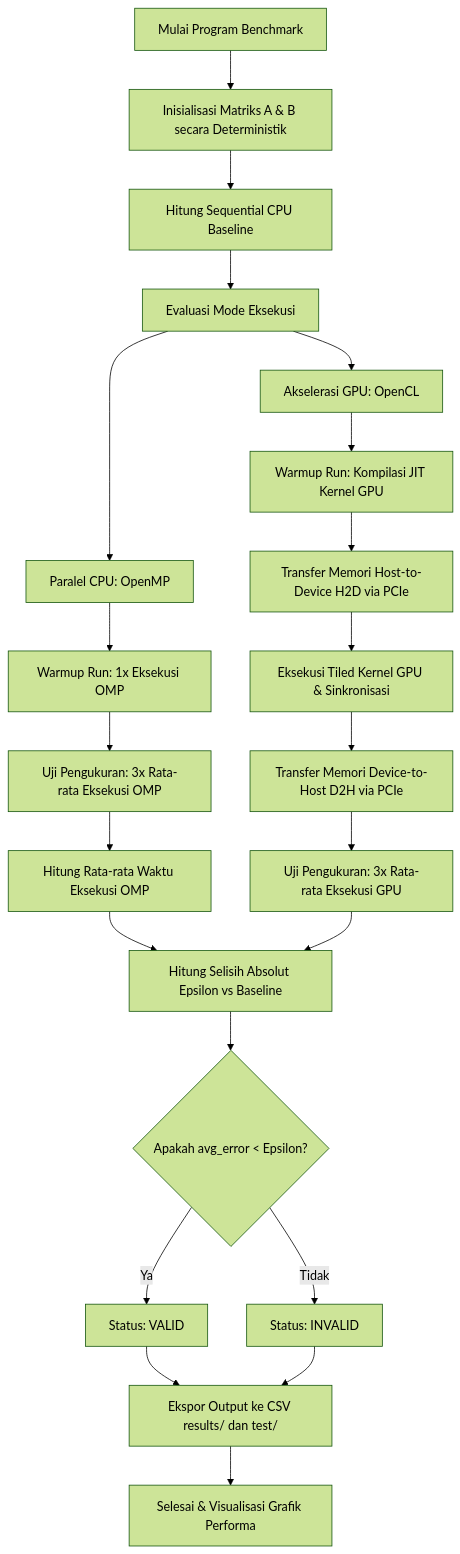
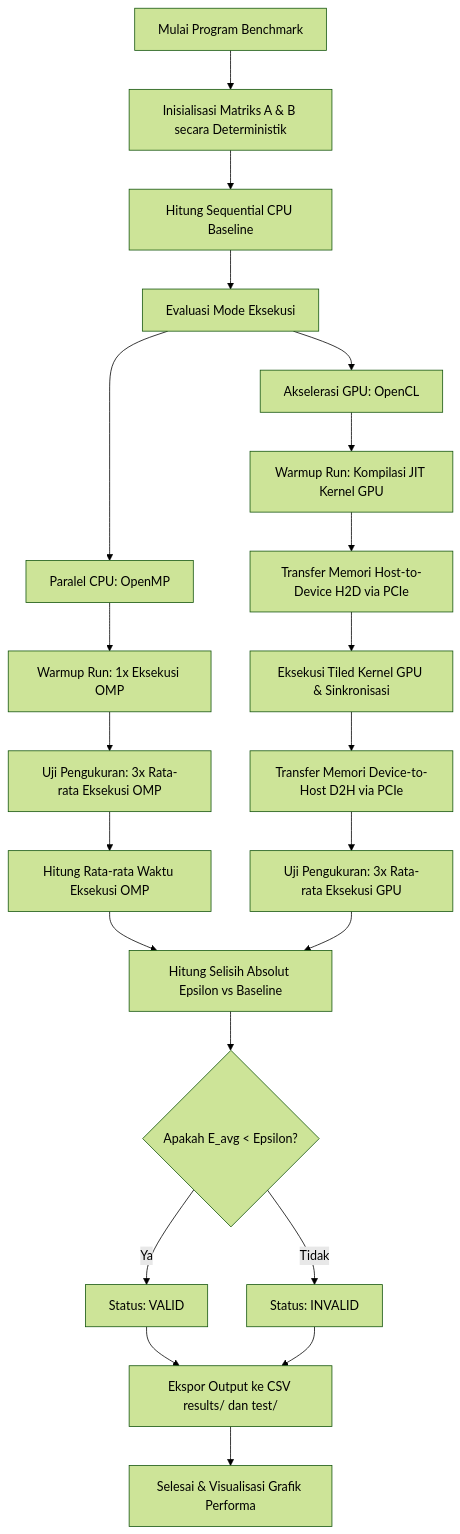
The diagram in docs/analysis.md (rapfii/heterogeneous-gemm-performance-analysis), drawn with Mermaid (forest theme) before and after one commit. The commit also changed other lines of this file and 13 other files, not shown here.

````diff
--- a/docs/analysis.md
+++ b/docs/analysis.md
@@ -59,28 +70,28 @@
 ```mermaid
 graph TD
     A[Mulai Program Benchmark] --> B[Inisialisasi Matriks A & B secara Deterministik]
     B --> C[Hitung Sequential CPU Baseline]
     C --> D[Evaluasi Mode Eksekusi]
     
     D --> E[Paralel CPU: OpenMP]
     E --> F[Warmup Run: 1x Eksekusi OMP]
     F --> G[Uji Pengukuran: 3x Rata-rata Eksekusi OMP]
     G --> H[Hitung Rata-rata Waktu Eksekusi OMP]
     H --> I[Hitung Selisih Absolut Epsilon vs Baseline]
     
     D --> J[Akselerasi GPU: OpenCL]
     J --> K[Warmup Run: Kompilasi JIT Kernel GPU]
     K --> L[Transfer Memori Host-to-Device H2D via PCIe]
     L --> M[Eksekusi Tiled Kernel GPU & Sinkronisasi]
     M --> N[Transfer Memori Device-to-Host D2H via PCIe]
     N --> O[Uji Pengukuran: 3x Rata-rata Eksekusi GPU]
     O --> I
     
-    I --> P{Apakah avg_error < Epsilon?}
+    I --> P{Apakah E_avg < Epsilon?}
     P -- Ya --> Q[Status: VALID]
     P -- Tidak --> R[Status: INVALID]
     
     Q --> S[Ekspor Output ke CSV results/ dan test/]
     R --> S
     S --> T[Selesai & Visualisasi Grafik Performa]
 ```
````
